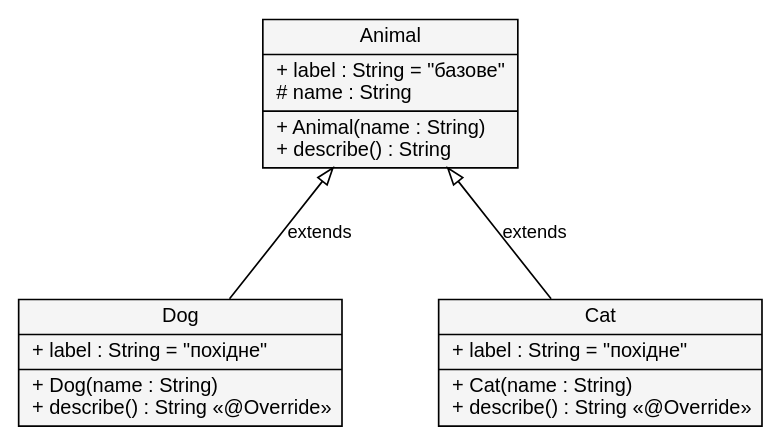
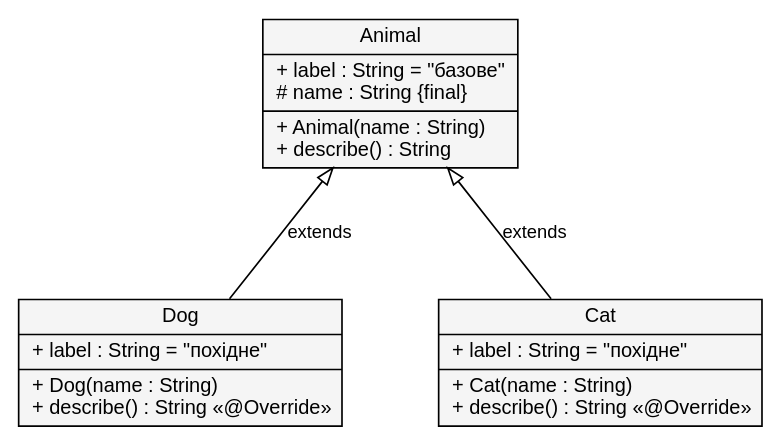
Before and after one commit to brizzinck/krinzhrepoduta: the diagram in java/pr-3/diagrams/inheritance.dot, drawn with Graphviz. The commit also changed 158 other files, not shown here.

```diff
--- a/java/pr-3/diagrams/inheritance.dot
+++ b/java/pr-3/diagrams/inheritance.dot
@@ -1,13 +1,13 @@
 digraph G {
   rankdir=BT; nodesep=0.8; ranksep=0.9;
   graph [fontname="Liberation Sans", bgcolor="white"];
   node [shape=record, fontname="Liberation Sans", fontsize=12, style=filled, fillcolor="#f5f5f5"];
   edge [fontname="Liberation Sans", fontsize=11];
 
-  Animal [label="{Animal|+ label : String = \"базове\"\l# name : String\l|+ Animal(name : String)\l+ describe() : String\l}"];
+  Animal [label="{Animal|+ label : String = \"базове\"\l# name : String \{final\}\l|+ Animal(name : String)\l+ describe() : String\l}"];
   Dog [label="{Dog|+ label : String = \"похідне\"\l|+ Dog(name : String)\l+ describe() : String  «@Override»\l}"];
   Cat [label="{Cat|+ label : String = \"похідне\"\l|+ Cat(name : String)\l+ describe() : String  «@Override»\l}"];
 
   Dog -> Animal [arrowhead=empty, label=" extends"];
   Cat -> Animal [arrowhead=empty, label=" extends"];
 }
```
